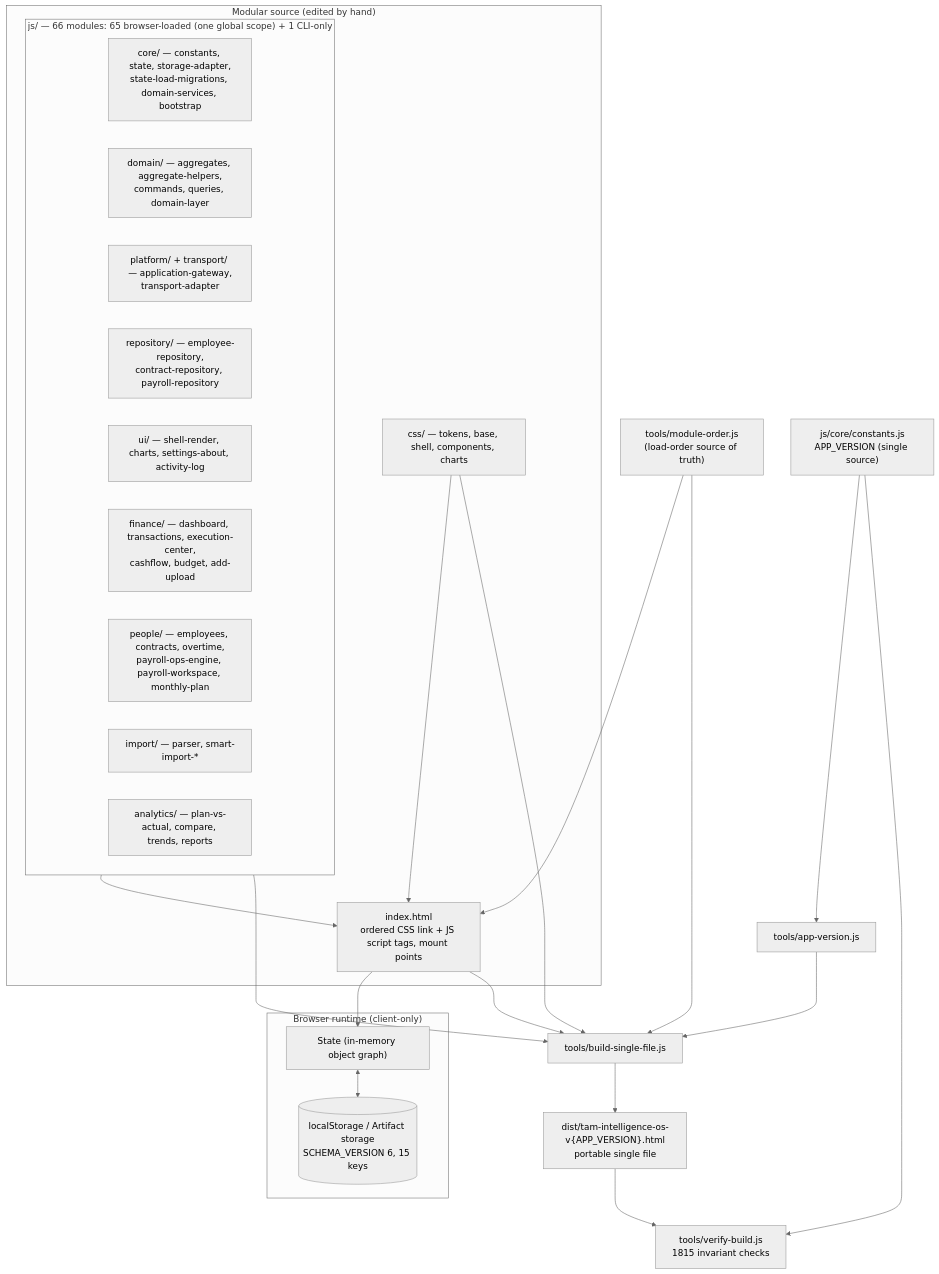
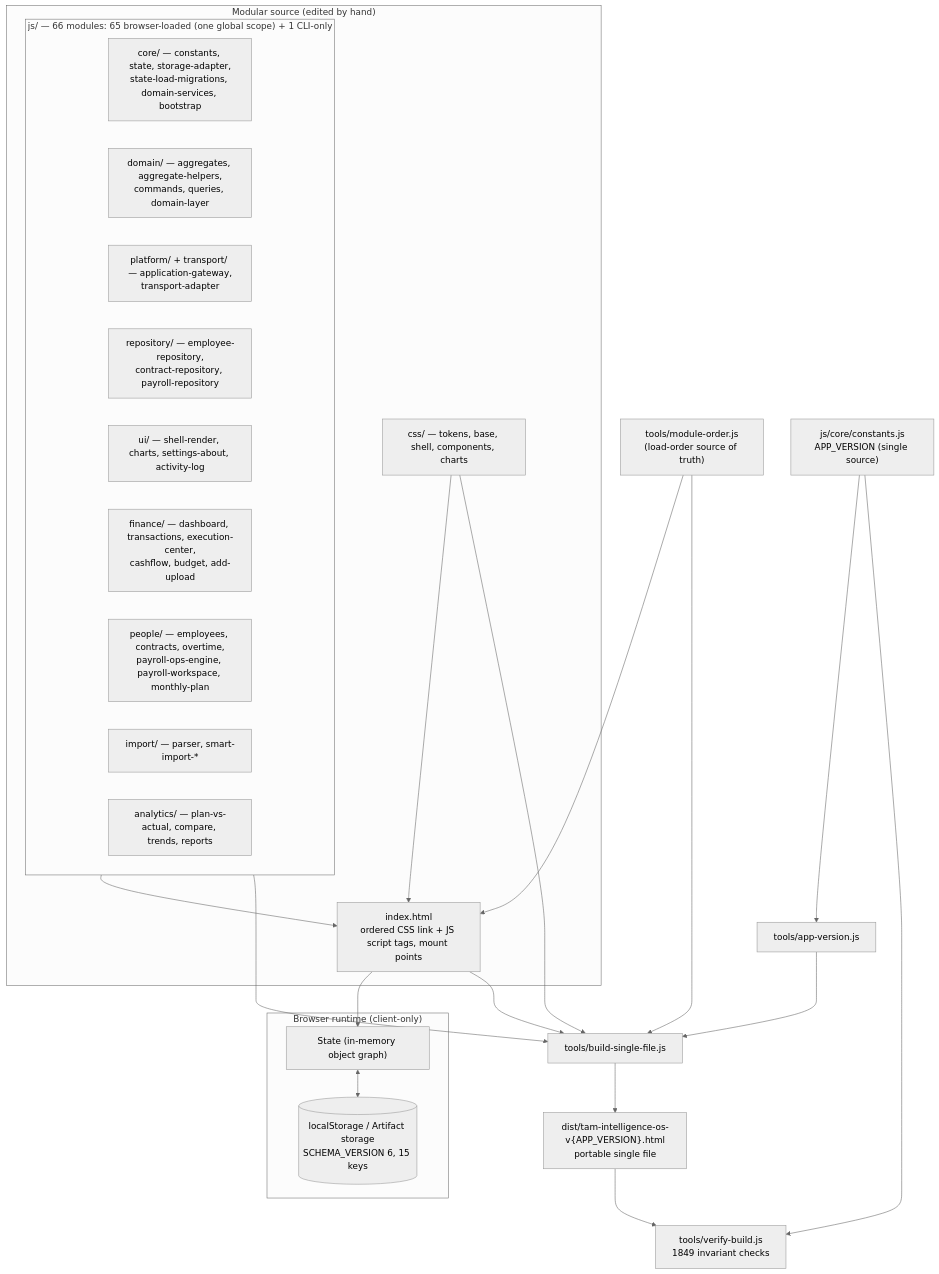
One commit to fanoryu/TAM-Intelligence-OS changed the first of 3 diagrams in ARCHITECTURE.md. Above: the diagram before and after it, drawn with Mermaid (neutral theme). The commit also changed other lines of this file and 17 other files, not shown here.

````diff
--- a/ARCHITECTURE.md
+++ b/ARCHITECTURE.md
@@ -83,45 +83,45 @@
 ```mermaid
 flowchart TD
   subgraph SRC["Modular source (edited by hand)"]
     IDX["index.html<br/>ordered CSS link + JS script tags, mount points"]
     CSS["css/ — tokens, base, shell, components, charts"]
     subgraph JSMOD["js/ — 66 modules: 65 browser-loaded (one global scope) + 1 CLI-only"]
       CORE["core/ — constants, state, storage-adapter,<br/>state-load-migrations, domain-services, bootstrap"]
       DOM["domain/ — aggregates, aggregate-helpers,<br/>commands, queries, domain-layer"]
       PLAT["platform/ + transport/ — application-gateway,<br/>transport-adapter"]
       REPO["repository/ — employee-repository,<br/>contract-repository, payroll-repository"]
       UI["ui/ — shell-render, charts, settings-about, activity-log"]
       FIN["finance/ — dashboard, transactions, execution-center,<br/>cashflow, budget, add-upload"]
       PPL["people/ — employees, contracts, overtime,<br/>payroll-ops-engine, payroll-workspace, monthly-plan"]
       IMP["import/ — parser, smart-import-*"]
       ANA["analytics/ — plan-vs-actual, compare, trends, reports"]
     end
   end
 
   subgraph RUN["Browser runtime (client-only)"]
     STATE["State (in-memory object graph)"]
     LS[("localStorage / Artifact storage<br/>SCHEMA_VERSION 6, 15 keys")]
   end
 
   ORDER["tools/module-order.js<br/>(load-order source of truth)"]
   CONST["js/core/constants.js<br/>APP_VERSION (single source)"]
   AV["tools/app-version.js"]
   BUILD["tools/build-single-file.js"]
-  VERIFY["tools/verify-build.js<br/>1815 invariant checks"]
+  VERIFY["tools/verify-build.js<br/>1849 invariant checks"]
   DIST["dist/tam-intelligence-os-v{APP_VERSION}.html<br/>portable single file"]
 
   CSS --> IDX
   JSMOD --> IDX
   IDX --> STATE
   STATE <--> LS
 
   ORDER --> IDX
   ORDER --> BUILD
   CONST --> AV --> BUILD
   IDX --> BUILD
   CSS --> BUILD
   JSMOD --> BUILD
   BUILD --> DIST
   DIST --> VERIFY
   CONST --> VERIFY
 ```
````
